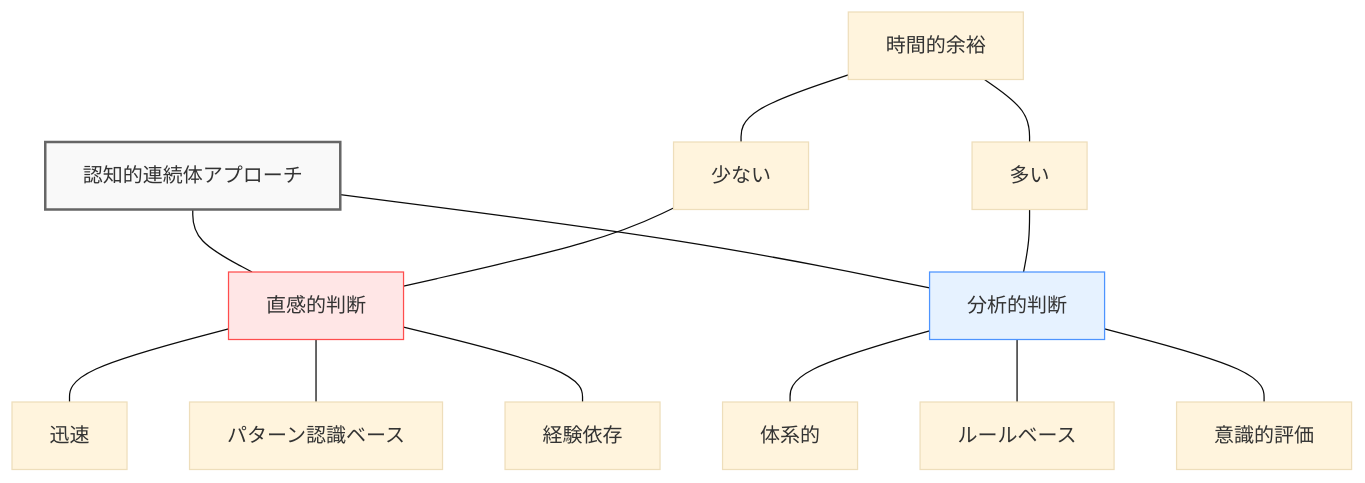
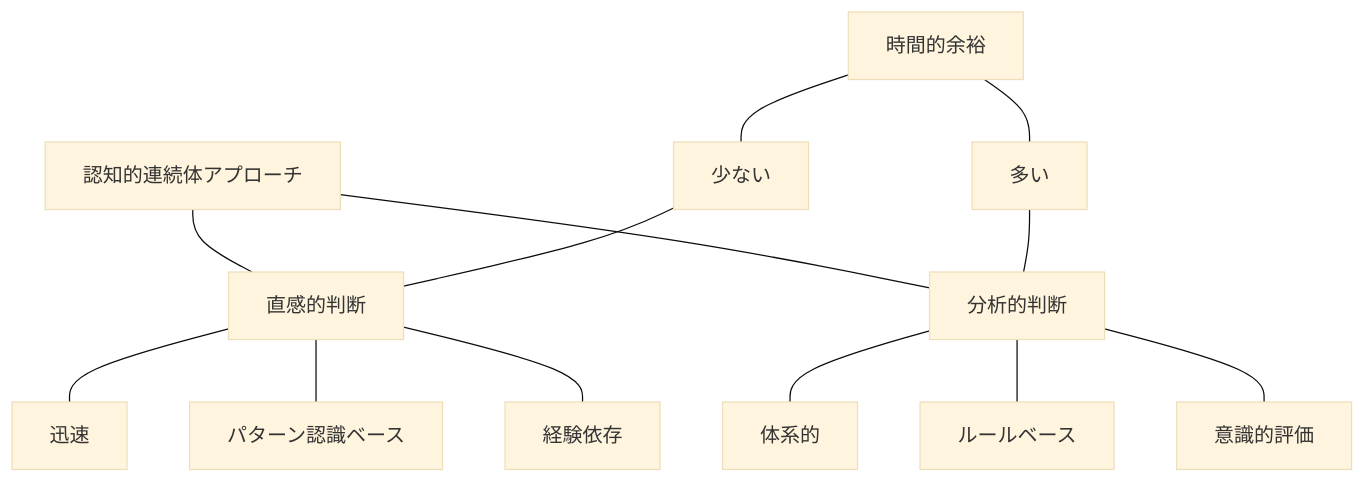
Before and after one commit to shuji-bonji/Situational-Awareness-and-Decision-Making: the third of 12 diagrams in docs/applications/aviation-dm.md, drawn with Mermaid (base theme). The commit also changed other lines of this file and 49 other files, not shown here.

Commit message:
fix: ダークモードで見づらい図の色の変更

````diff
--- a/docs/applications/aviation-dm.md
+++ b/docs/applications/aviation-dm.md
@@ -95,24 +85,20 @@
     ```mermaid
     graph TD
         A[認知的連続体アプローチ]
         A --- B[直感的判断]
         A --- C[分析的判断]
         
         B --- B1[迅速]
         B --- B2[パターン認識ベース]
         B --- B3[経験依存]
         
         C --- C1[体系的]
         C --- C2[ルールベース]
         C --- C3[意識的評価]
         
         D[時間的余裕] --- E[少ない]
         D --- F[多い]
         
         E --- B
         F --- C
-        
-        style A fill:#f9f9f9,stroke:#666,stroke-width:2px
-        style B fill:#ffe6e6,stroke:#ff4d4d
-        style C fill:#e6f2ff,stroke:#4d94ff
     ```
````
